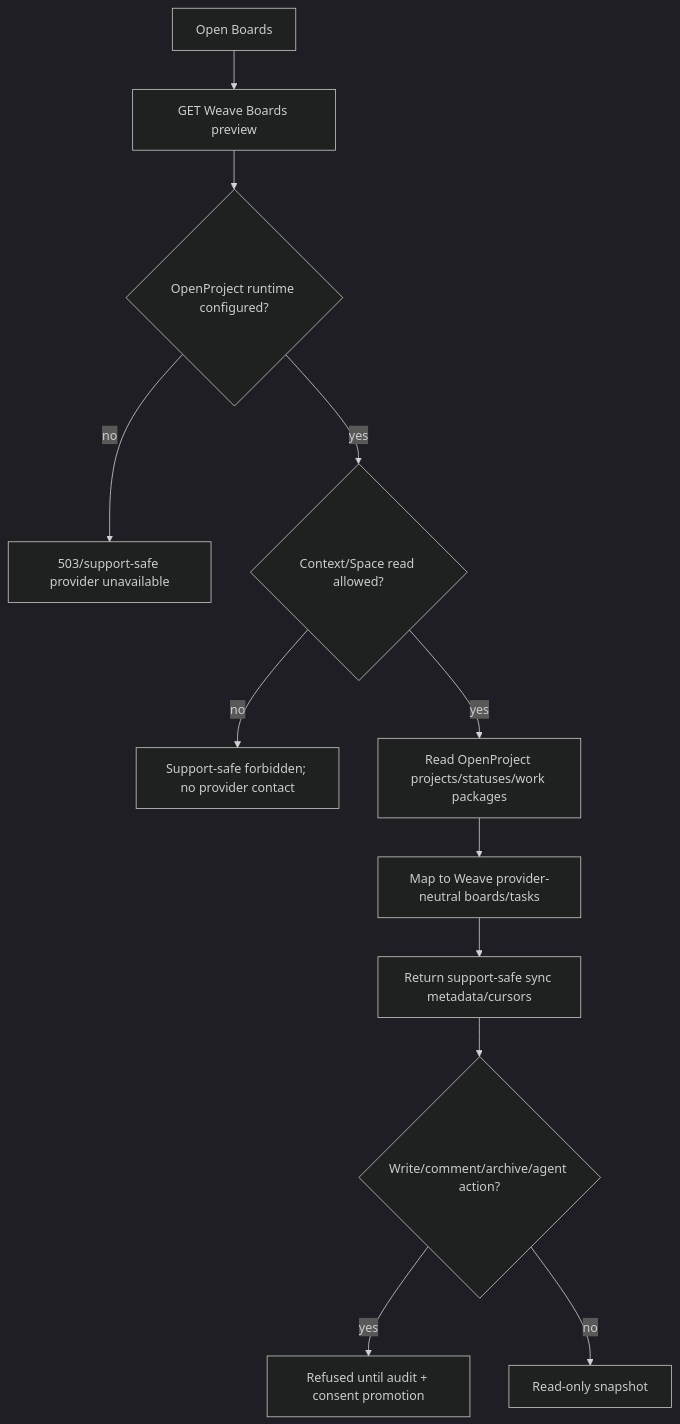
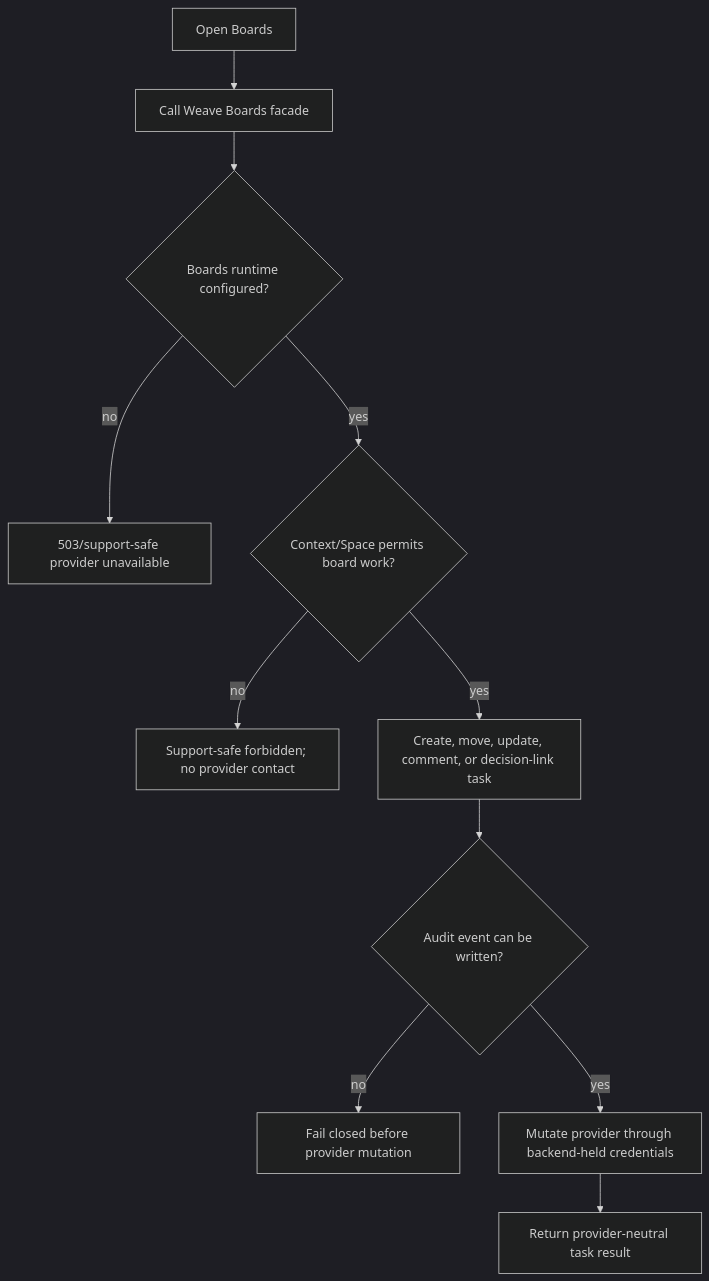
One commit to masssi164/weave changed the seventh of 8 diagrams in docs/product-acceptance-flows.md. Above: the diagram before and after it, drawn with Mermaid (dark theme). The commit also changed other lines of this file and 569 other files, not shown here.

````diff
--- a/docs/product-acceptance-flows.md
+++ b/docs/product-acceptance-flows.md
@@ -141,14 +142,13 @@
 ```mermaid
 flowchart TD
-  Boards[Open Boards] --> Preview[GET Weave Boards preview]
-  Preview --> ProviderGate{OpenProject runtime configured?}
+  Boards[Open Boards] --> Facade[Call Weave Boards facade]
+  Facade --> ProviderGate{Boards runtime configured?}
   ProviderGate -- no --> Disabled[503/support-safe provider unavailable]
-  ProviderGate -- yes --> ContextGate{Context/Space read allowed?}
+  ProviderGate -- yes --> ContextGate{Context/Space permits board work?}
   ContextGate -- no --> Forbidden[Support-safe forbidden; no provider contact]
-  ContextGate -- yes --> ReadSync[Read OpenProject projects/statuses/work packages]
-  ReadSync --> Normalize[Map to Weave provider-neutral boards/tasks]
-  Normalize --> Metadata[Return support-safe sync metadata/cursors]
-  Metadata --> WriteAttempt{Write/comment/archive/agent action?}
-  WriteAttempt -- yes --> Refused[Refused until audit + consent promotion]
-  WriteAttempt -- no --> ReadOnly[Read-only snapshot]
+  ContextGate -- yes --> TaskAction[Create, move, update, comment, or decision-link task]
+  TaskAction --> AuditGate{Audit event can be written?}
+  AuditGate -- no --> FailClosed[Fail closed before provider mutation]
+  AuditGate -- yes --> ProviderMutation[Mutate provider through backend-held credentials]
+  ProviderMutation --> Result[Return provider-neutral task result]
 ```
````
